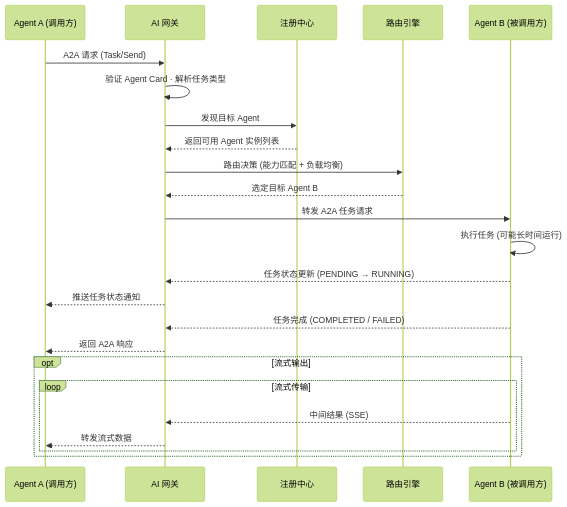
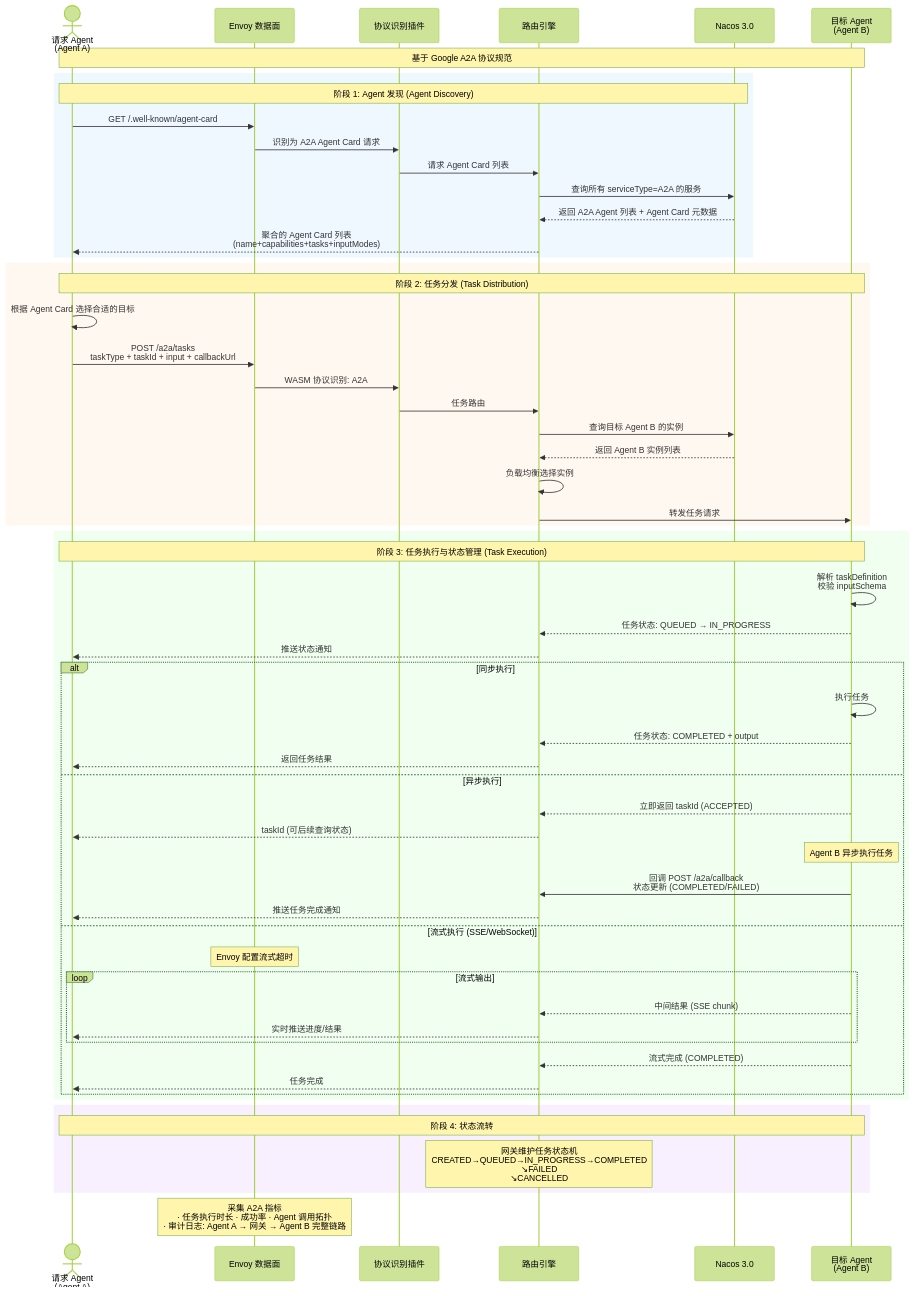
The diagram in docs/diagrams/a2a-flow.mmd (shinSG/ai-gateway), drawn with Mermaid (forest theme) before and after one commit. The commit also changed 21 other files, not shown here.

Commit message:
Refactor system architecture diagram: update layout, add new components, and improve connections for clarity

```diff
--- a/docs/diagrams/a2a-flow.mmd
+++ b/docs/diagrams/a2a-flow.mmd
@@ -1,28 +1,67 @@
 sequenceDiagram
-    participant AgentA as Agent A (调用方)
-    participant GW as AI 网关
-    participant Registry as 注册中心
+    actor AgentA as 请求 Agent<br/>(Agent A)
+    participant Envoy as Envoy 数据面
+    participant Protocol as 协议识别插件
     participant Router as 路由引擎
-    participant AgentB as Agent B (被调用方)
+    participant Nacos as Nacos 3.0
+    participant AgentB as 目标 Agent<br/>(Agent B)
 
-    AgentA->>GW: A2A 请求 (Task/Send)
-    GW->>GW: 验证 Agent Card · 解析任务类型
-    GW->>Registry: 发现目标 Agent
-    Registry-->>GW: 返回可用 Agent 实例列表
-    GW->>Router: 路由决策 (能力匹配 + 负载均衡)
-    Router-->>GW: 选定目标 Agent B
+    Note over AgentA,AgentB: 基于 Google A2A 协议规范
 
-    GW->>AgentB: 转发 A2A 任务请求
-    AgentB->>AgentB: 执行任务 (可能长时间运行)
-    AgentB-->>GW: 任务状态更新 (PENDING → RUNNING)
-    GW-->>AgentA: 推送任务状态通知
+    rect rgb(240, 248, 255)
+        Note over AgentA,Nacos: 阶段 1: Agent 发现 (Agent Discovery)
+        AgentA->>Envoy: GET /.well-known/agent-card
+        Envoy->>Protocol: 识别为 A2A Agent Card 请求
+        Protocol->>Router: 请求 Agent Card 列表
+        Router->>Nacos: 查询所有 serviceType=A2A 的服务
+        Nacos-->>Router: 返回 A2A Agent 列表 + Agent Card 元数据
+        Router-->>AgentA: 聚合的 Agent Card 列表<br/>(name+capabilities+tasks+inputModes)
+    end
 
-    AgentB-->>GW: 任务完成 (COMPLETED / FAILED)
-    GW-->>AgentA: 返回 A2A 响应
+    rect rgb(255, 248, 240)
+        Note over AgentA,AgentB: 阶段 2: 任务分发 (Task Distribution)
+        AgentA->>AgentA: 根据 Agent Card 选择合适的目标
+        AgentA->>Envoy: POST /a2a/tasks<br/>taskType + taskId + input + callbackUrl
+        Envoy->>Protocol: WASM 协议识别: A2A
+        Protocol->>Router: 任务路由
 
-    opt 流式输出
-        loop 流式传输
-            AgentB-->>GW: 中间结果 (SSE)
-            GW-->>AgentA: 转发流式数据
+        Router->>Nacos: 查询目标 Agent B 的实例
+        Nacos-->>Router: 返回 Agent B 实例列表
+        Router->>Router: 负载均衡选择实例
+        Router->>AgentB: 转发任务请求
+    end
+
+    rect rgb(240, 255, 240)
+        Note over AgentA,AgentB: 阶段 3: 任务执行与状态管理 (Task Execution)
+
+        AgentB->>AgentB: 解析 taskDefinition<br/>校验 inputSchema
+        AgentB-->>Router: 任务状态: QUEUED → IN_PROGRESS
+        Router-->>AgentA: 推送状态通知
+
+        alt 同步执行
+            AgentB->>AgentB: 执行任务
+            AgentB-->>Router: 任务状态: COMPLETED + output
+            Router-->>AgentA: 返回任务结果
+        else 异步执行
+            AgentB-->>Router: 立即返回 taskId (ACCEPTED)
+            Router-->>AgentA: taskId (可后续查询状态)
+            Note over AgentB: Agent B 异步执行任务
+            AgentB->>Router: 回调 POST /a2a/callback<br/>状态更新 (COMPLETED/FAILED)
+            Router-->>AgentA: 推送任务完成通知
+        else 流式执行 (SSE/WebSocket)
+            Note over Envoy: Envoy 配置流式超时
+            loop 流式输出
+                AgentB-->>Router: 中间结果 (SSE chunk)
+                Router-->>AgentA: 实时推送进度/结果
+            end
+            AgentB-->>Router: 流式完成 (COMPLETED)
+            Router-->>AgentA: 任务完成
         end
     end
+
+    rect rgb(248, 240, 255)
+        Note over AgentA,AgentB: 阶段 4: 状态流转
+        Note over Router: 网关维护任务状态机<br/>CREATED→QUEUED→IN_PROGRESS→COMPLETED<br/>                     ↘FAILED<br/>                     ↘CANCELLED
+    end
+
+    Note over Envoy: 采集 A2A 指标<br/>· 任务执行时长 · 成功率 · Agent 调用拓扑<br/>· 审计日志: Agent A → 网关 → Agent B 完整链路
```
